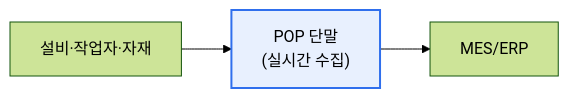
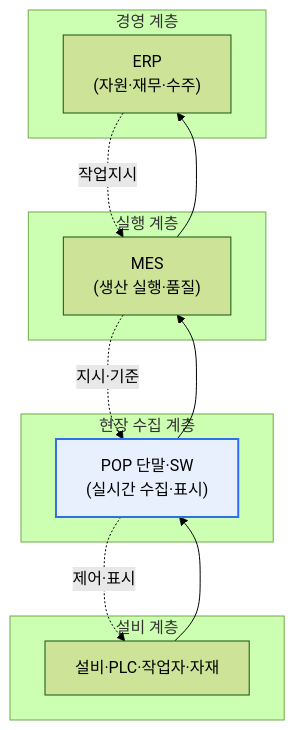
Before and after one commit to coninggu/wjdqhrhksflrltnftk: the first of 2 diagrams in content/pop.md, drawn with Mermaid (forest theme). The commit also changed other lines of this file and 3 other files, not shown here.

````diff
--- a/content/pop.md
+++ b/content/pop.md
@@ -15,5 +23,18 @@
 ```mermaid
-flowchart LR
-  E["설비·작업자·자재"] --> POP["POP 단말<br/>(실시간 수집)"] --> M[MES/ERP]
+flowchart TB
+  subgraph 경영["경영 계층"]
+    ERP["ERP<br/>(자원·재무·수주)"]
+  end
+  subgraph 실행["실행 계층"]
+    MES["MES<br/>(생산 실행·품질)"]
+  end
+  subgraph 현장["현장 수집 계층"]
+    POP["POP 단말·SW<br/>(실시간 수집·표시)"]
+  end
+  subgraph 물리["설비 계층"]
+    E["설비·PLC·작업자·자재"]
+  end
+  E --> POP --> MES --> ERP
+  ERP -.작업지시.-> MES -.지시·기준.-> POP -.제어·표시.-> E
   style POP fill:#e8f0fe,stroke:#2f6fed,stroke-width:2px
 ```
````
